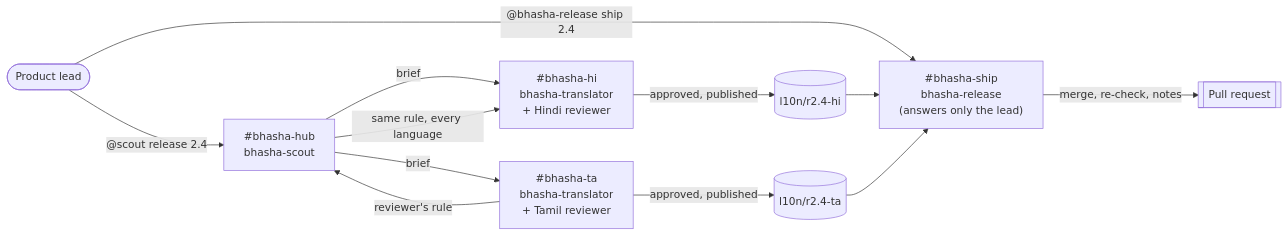
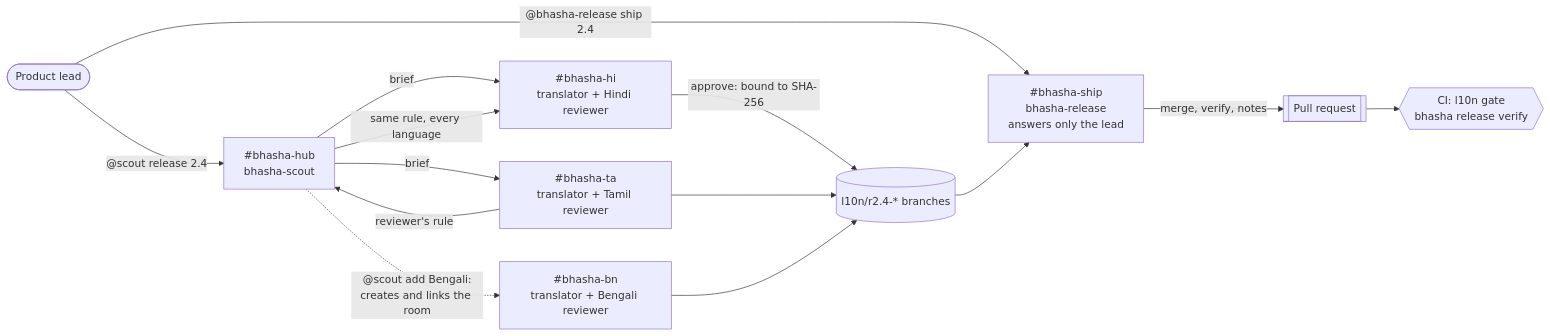
Before and after one commit to YashSoni998265/bhasha-desk: the diagram in README.md, drawn with Mermaid. The commit also changed other lines of this file and 2 other files, not shown here.

First line of the commit message:
README for judges: the gate, the controls, how Switch is used; design notes

````diff
--- a/README.md
+++ b/README.md
@@ -17,14 +32,16 @@
 ```mermaid
 flowchart LR
   lead([Product lead]) -->|"@scout release 2.4"| hub["#bhasha-hub<br/>bhasha-scout"]
-  hub -->|brief| hi["#bhasha-hi<br/>bhasha-translator<br/>+ Hindi reviewer"]
-  hub -->|brief| ta["#bhasha-ta<br/>bhasha-translator<br/>+ Tamil reviewer"]
+  hub -->|brief| hi["#bhasha-hi<br/>translator + Hindi reviewer"]
+  hub -->|brief| ta["#bhasha-ta<br/>translator + Tamil reviewer"]
+  hub -. "@scout add Bengali:<br/>creates and links the room" .-> bn["#bhasha-bn<br/>translator + Bengali reviewer"]
   ta -->|"reviewer's rule"| hub
   hub -->|"same rule, every language"| hi
-  hi -->|"approved, published"| b1[(l10n/r2.4-hi)]
-  ta -->|"approved, published"| b2[(l10n/r2.4-ta)]
-  lead -->|"@bhasha-release ship 2.4"| rel["#bhasha-ship<br/>bhasha-release<br/>(answers only the lead)"]
-  b1 --> rel
-  b2 --> rel
-  rel -->|"merge, re-check, notes"| pr[[Pull request]]
+  hi -->|"approve: bound to SHA-256"| git[("l10n/r2.4-* branches")]
+  ta --> git
+  bn --> git
+  lead -->|"@bhasha-release ship 2.4"| ship["#bhasha-ship<br/>bhasha-release<br/>answers only the lead"]
+  git --> ship
+  ship -->|"merge, verify, notes"| pr[["Pull request"]]
+  pr --> gate{{"CI: l10n gate<br/>bhasha release verify"}}
 ```
````
